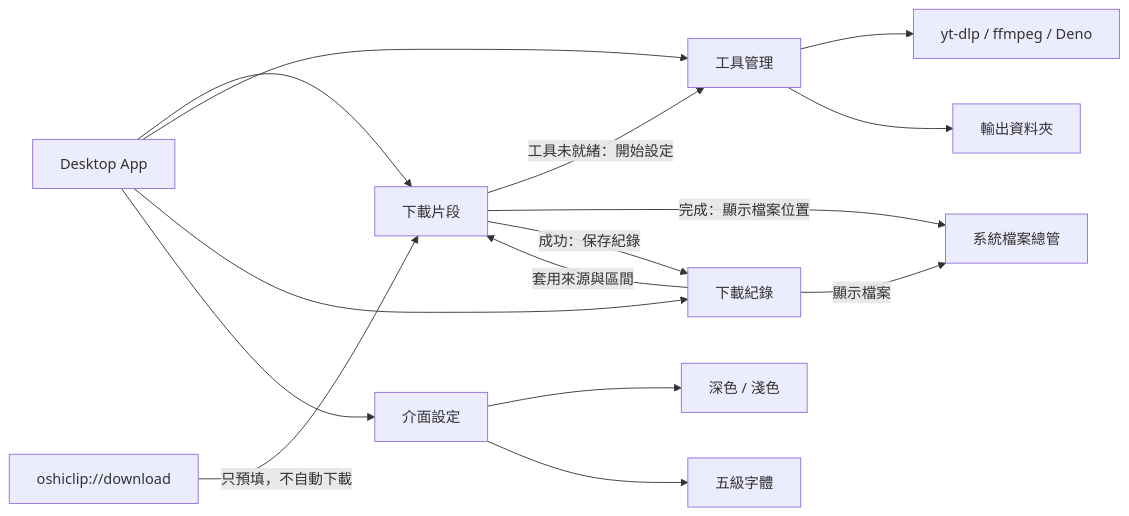
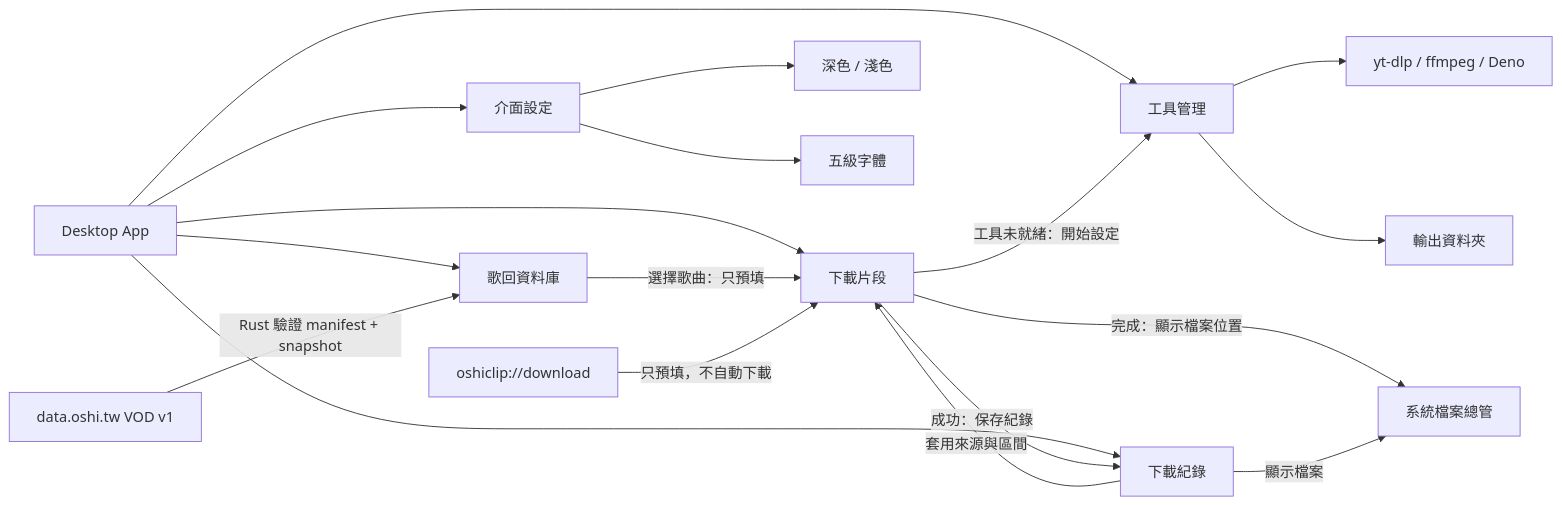
One commit to hydai/OshiClip changed the first of 4 diagrams in UI-spec.md. Above: the diagram before and after it, drawn with Mermaid. The commit also changed other lines of this file and 16 other files, not shown here.

Commit message:
feat(library): add VOD database

````diff
--- a/UI-spec.md
+++ b/UI-spec.md
@@ -70,17 +73,20 @@
 ```mermaid
 flowchart LR
     App[Desktop App] --> Download[下載片段]
+    App --> Library[歌回資料庫]
     App --> Tools[工具管理]
     App --> History[下載紀錄]
     App --> Settings[介面設定]
     Download -->|工具未就緒：開始設定| Tools
     Download -->|完成：顯示檔案位置| Explorer[系統檔案總管]
     Download -->|成功：保存紀錄| History
     History -->|顯示檔案| Explorer
     History -->|套用來源與區間| Download
+    Library -->|選擇歌曲：只預填| Download
+    Data[data.oshi.tw VOD v1] -->|Rust 驗證 manifest + snapshot| Library
     Tools --> ToolCards[yt-dlp / ffmpeg / Deno]
     Tools --> Output[輸出資料夾]
     Settings --> Theme[深色 / 淺色]
     Settings --> FontSize[五級字體]
     DeepLink[oshiclip://download] -->|只預填，不自動下載| Download
 ```
````
